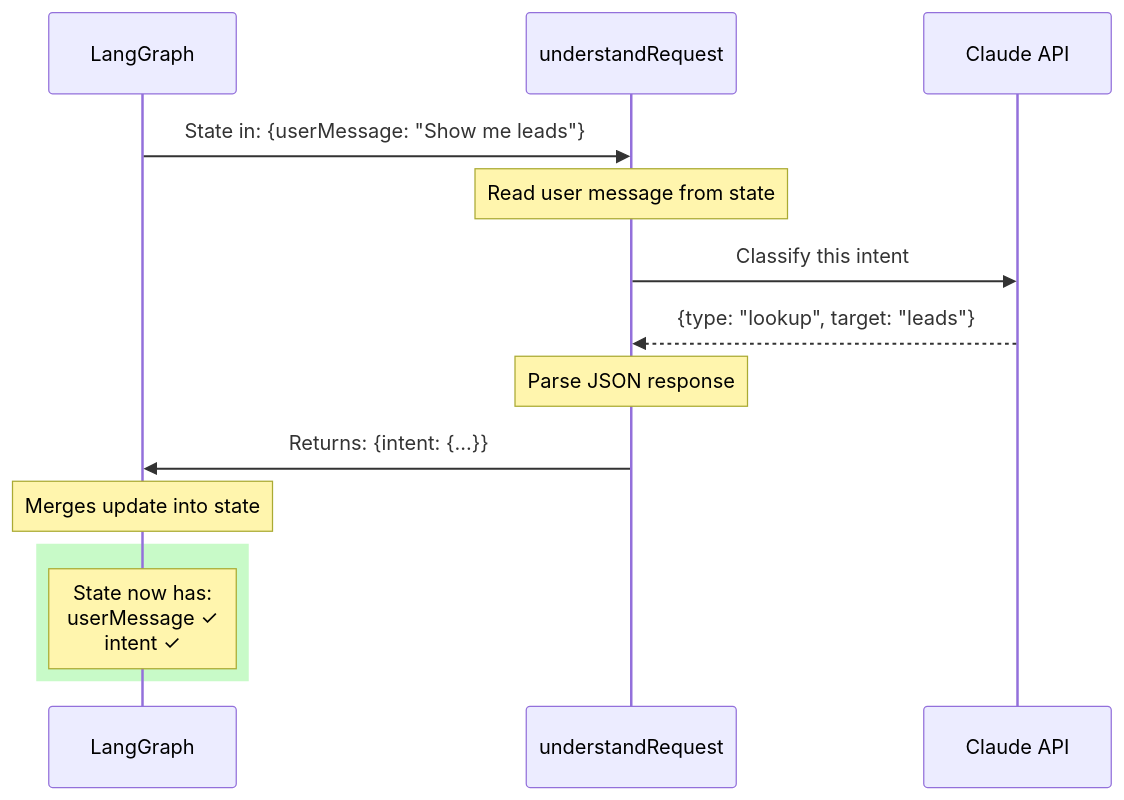
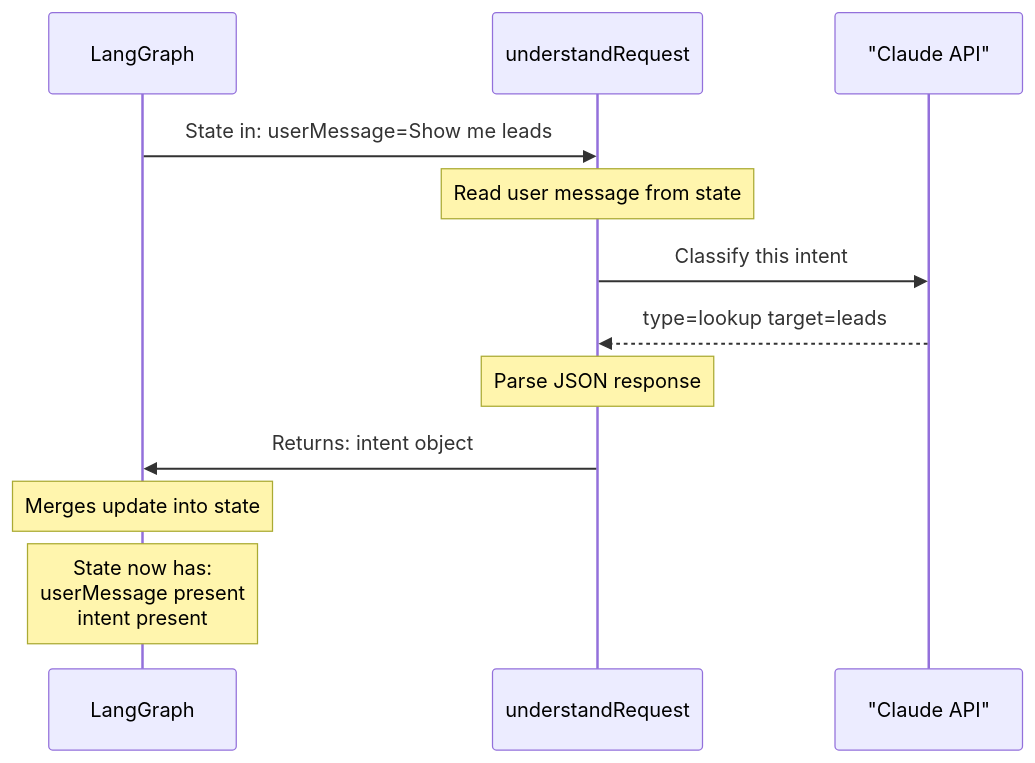
Before and after one commit to AliMehdii/Jedha-use-case: the first of 2 diagrams in Instructional-Design-Challenge/Day-01_From-Chatbot-to-Agent/01-Exercises/02-Your-First-Node.md, drawn with Mermaid. The commit also changed 9 other files, not shown here.

Commit message:
Refine instructional materials for AI agents: updated diagrams for chatbot vs. agent flows, improved state representation in exercises, and enhanced error handling visuals. Adjusted terminology for clarity and consistency across all lecture and exercise files.

````diff
--- a/Instructional-Design-Challenge/Day-01_From-Chatbot-to-Agent/01-Exercises/02-Your-First-Node.md
+++ b/Instructional-Design-Challenge/Day-01_From-Chatbot-to-Agent/01-Exercises/02-Your-First-Node.md
@@ -264,23 +264,15 @@
 ```mermaid
 sequenceDiagram
     participant Graph as LangGraph
     participant Node as understandRequest
-    participant Claude as Claude API
+    participant Claude as "Claude API"
     
-    Graph->>Node: State in: {userMessage: "Show me leads"}
-    
+    Graph->>Node: State in: userMessage=Show me leads
     Note over Node: Read user message from state
-    
     Node->>Claude: Classify this intent
-    Claude-->>Node: {type: "lookup", target: "leads"}
-    
+    Claude-->>Node: type=lookup target=leads
     Note over Node: Parse JSON response
-    
-    Node->>Graph: Returns: {intent: {...}}
-    
+    Node->>Graph: Returns: intent object
     Note over Graph: Merges update into state
-    
-    rect rgb(200, 250, 200)
-        Note over Graph: State now has:<br/>userMessage ✓<br/>intent ✓
-    end
+    Note over Graph: State now has:<br/>userMessage present<br/>intent present
 ```
````
